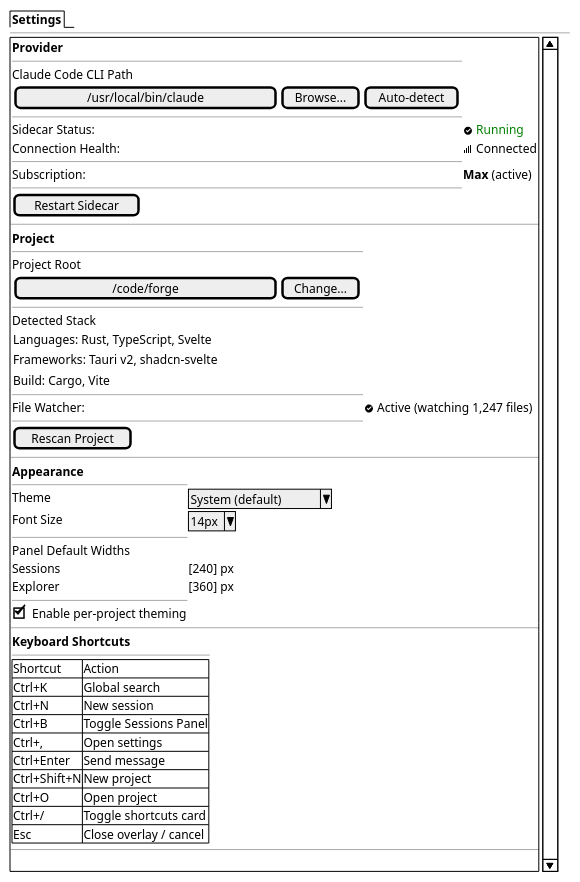
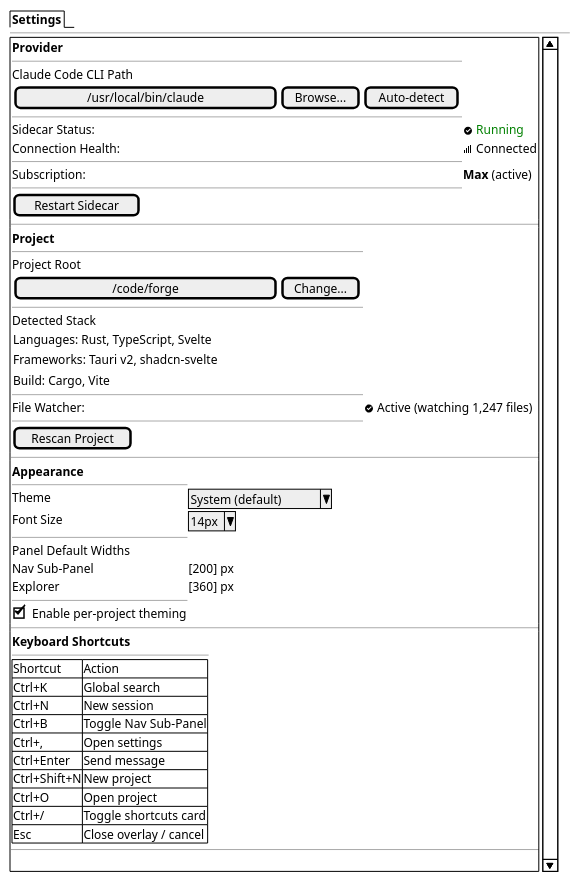
One commit to orqastudio/app changed the first of 14 diagrams in docs/ui/wireframes/settings-onboarding.md. Above: the diagram before and after it, drawn with PlantUML. The commit also changed other lines of this file and 18 other files, not shown here.

First line of the commit message:
Restructure docs from four-zone to three-zone + nav sub-panel layout (AD-019)

````diff
--- a/docs/ui/wireframes/settings-onboarding.md
+++ b/docs/ui/wireframes/settings-onboarding.md
@@ -11,71 +11,71 @@
 ```plantuml
 @startsalt
 {
   {/ <b>Settings</b> }
   ---
   {SI
     {
       <b>Provider</b>
       ---
       Claude Code CLI Path
       { [/usr/local/bin/claude           ] | [Browse...] | [Auto-detect] }
       ---
       Sidecar Status: | <&circle-check> <color:green>Running</color>
       Connection Health: | <&signal> Connected
       ---
       Subscription: | <b>Max</b> (active)
       ---
       [Restart Sidecar]
     }
     ---
     {
       <b>Project</b>
       ---
       Project Root
       { [~/code/forge                    ] | [Change...] }
       ---
       Detected Stack
       { Languages: Rust, TypeScript, Svelte }
       { Frameworks: Tauri v2, shadcn-svelte }
       { Build: Cargo, Vite }
       ---
       File Watcher: | <&circle-check> Active (watching 1,247 files)
       ---
       [Rescan Project]
     }
     ---
     {
       <b>Appearance</b>
       ---
       Theme | ^System (default)^
       Font Size | ^14px^
       ---
       Panel Default Widths
-      Sessions | [240] px
+      Nav Sub-Panel | [200] px
       Explorer | [360] px
       ---
       [X] Enable per-project theming
     }
     ---
     {
       <b>Keyboard Shortcuts</b>
       ---
       {#
         Shortcut | Action
         Ctrl+K | Global search
         Ctrl+N | New session
-        Ctrl+B | Toggle Sessions Panel
+        Ctrl+B | Toggle Nav Sub-Panel
         Ctrl+, | Open settings
         Ctrl+Enter | Send message
         Ctrl+Shift+N | New project
         Ctrl+O | Open project
         Ctrl+/ | Toggle shortcuts card
         Esc | Close overlay / cancel
       }
     }
     ---
     .
   }
 }
 @endsalt
 ```
````
